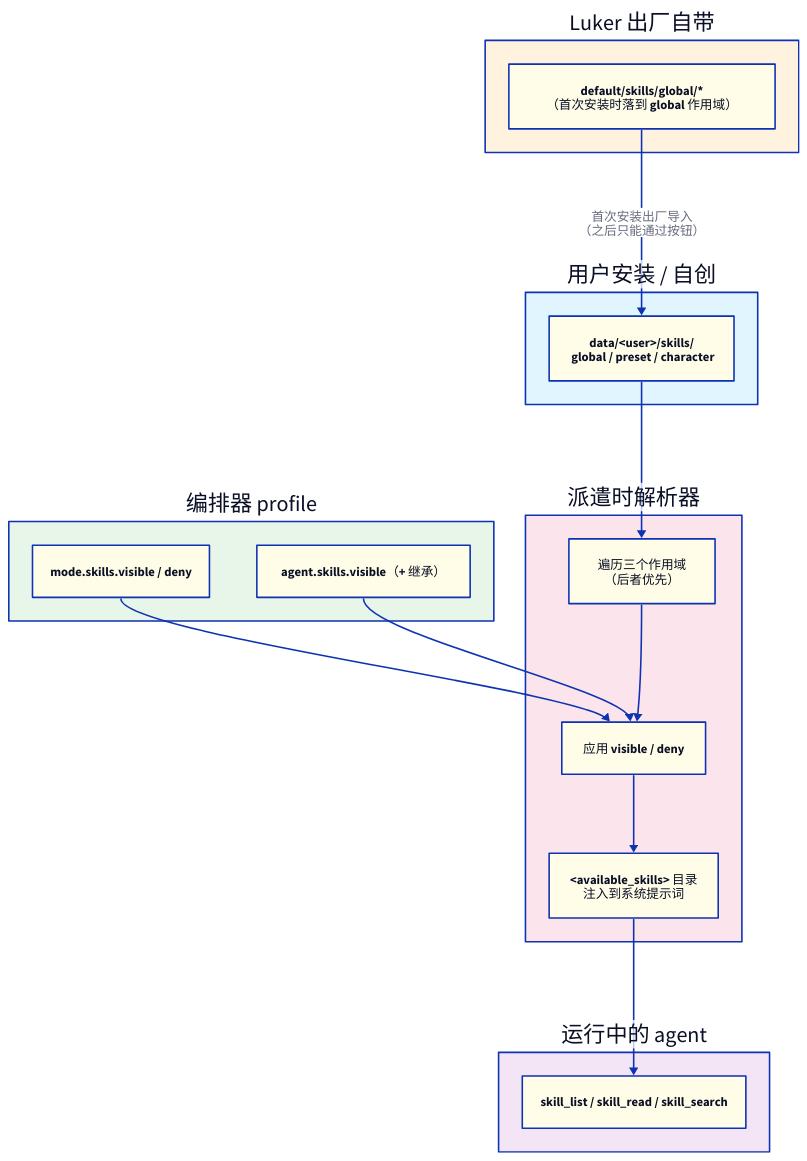
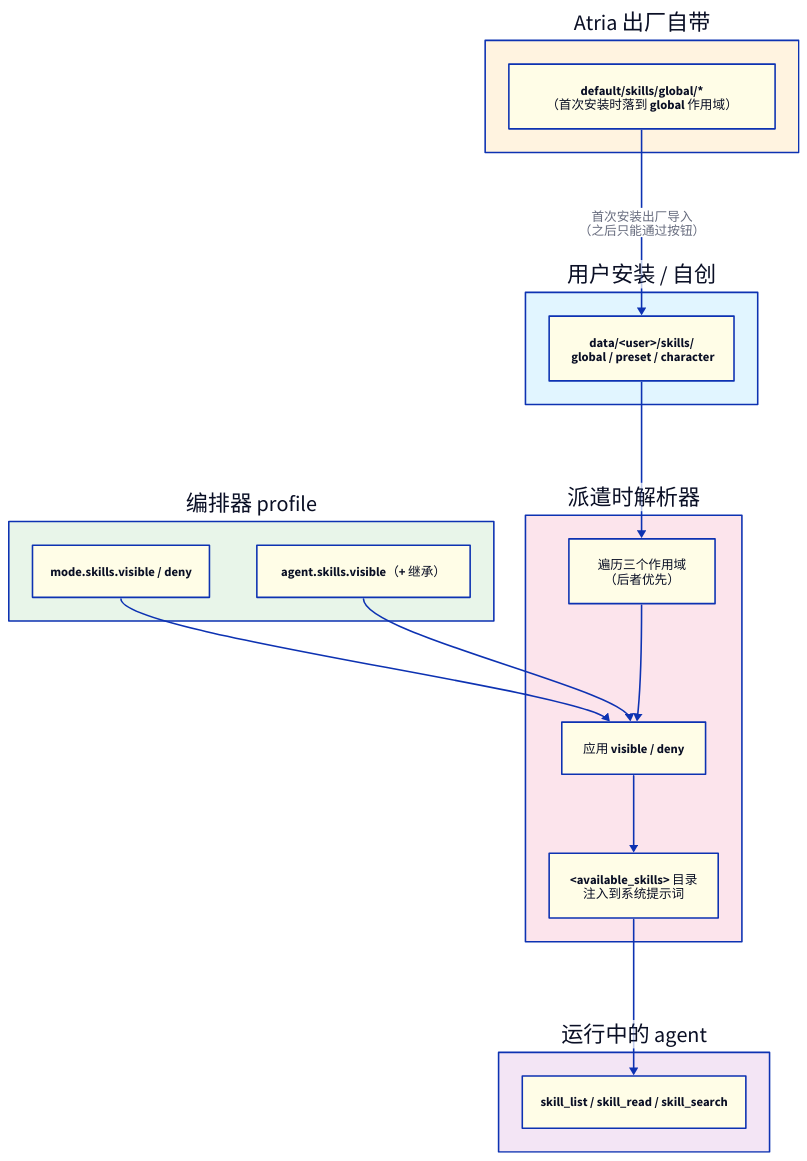
Before and after one commit to ZZZdragondYNGPHX/Atria: the diagram in docs/zh-CN/features/skills/index.md, drawn with D2. The commit also changed other lines of this file and 1235 other files, not shown here.

````diff
--- a/docs/zh-CN/features/skills/index.md
+++ b/docs/zh-CN/features/skills/index.md
@@ -90,39 +90,39 @@
 ```d2
 direction: down
 
 user: "用户安装 / 自创" {
   style.fill: "#e1f5ff"
   fs: "data/<user>/skills/\n  global / preset / character" { style.fill: "#fffde7" }
 }
 
-bundled: "Luker 出厂自带" {
+bundled: "Atria 出厂自带" {
   style.fill: "#fff3e0"
   pop: "default/skills/global/*\n（首次安装时落到 global 作用域）" { style.fill: "#fffde7" }
 }
 
 orch: "编排器 profile" {
   style.fill: "#e8f5e9"
   mode: "mode.skills.visible / deny" { style.fill: "#fffde7" }
   agent: "agent.skills.visible（+ 继承）" { style.fill: "#fffde7" }
 }
 
 runtime: "派遣时解析器" {
   style.fill: "#fce4ec"
   walk: "遍历三个作用域\n（后者优先）" { style.fill: "#fffde7" }
   policy: "应用 visible / deny" { style.fill: "#fffde7" }
   catalog: "<available_skills> 目录\n注入到系统提示词" { style.fill: "#fffde7" }
 }
 
 agent: "运行中的 agent" {
   style.fill: "#f3e5f5"
   tools: "skill_list / skill_read / skill_search" { style.fill: "#fffde7" }
 }
 
 bundled.pop -> user.fs: "首次安装出厂导入\n（之后只能通过按钮）"
 user.fs -> runtime.walk
 orch.mode -> runtime.policy
 orch.agent -> runtime.policy
 runtime.walk -> runtime.policy
 runtime.policy -> runtime.catalog
 runtime.catalog -> agent.tools
 ```
````
